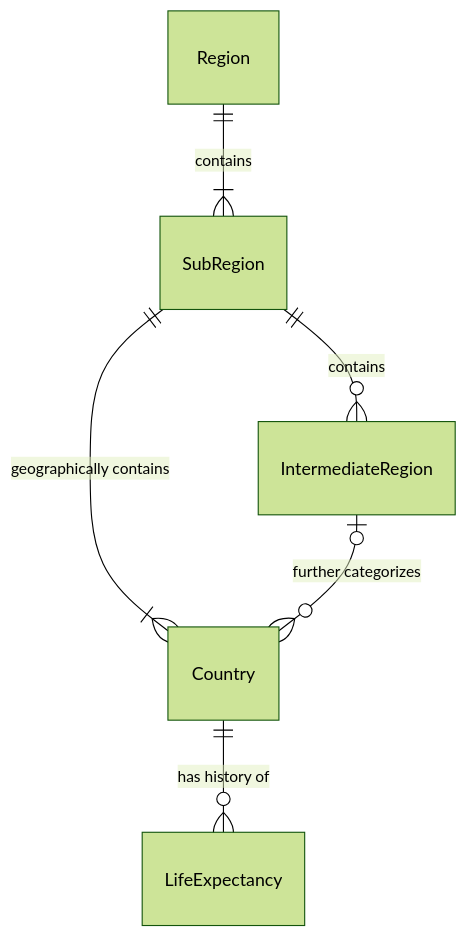
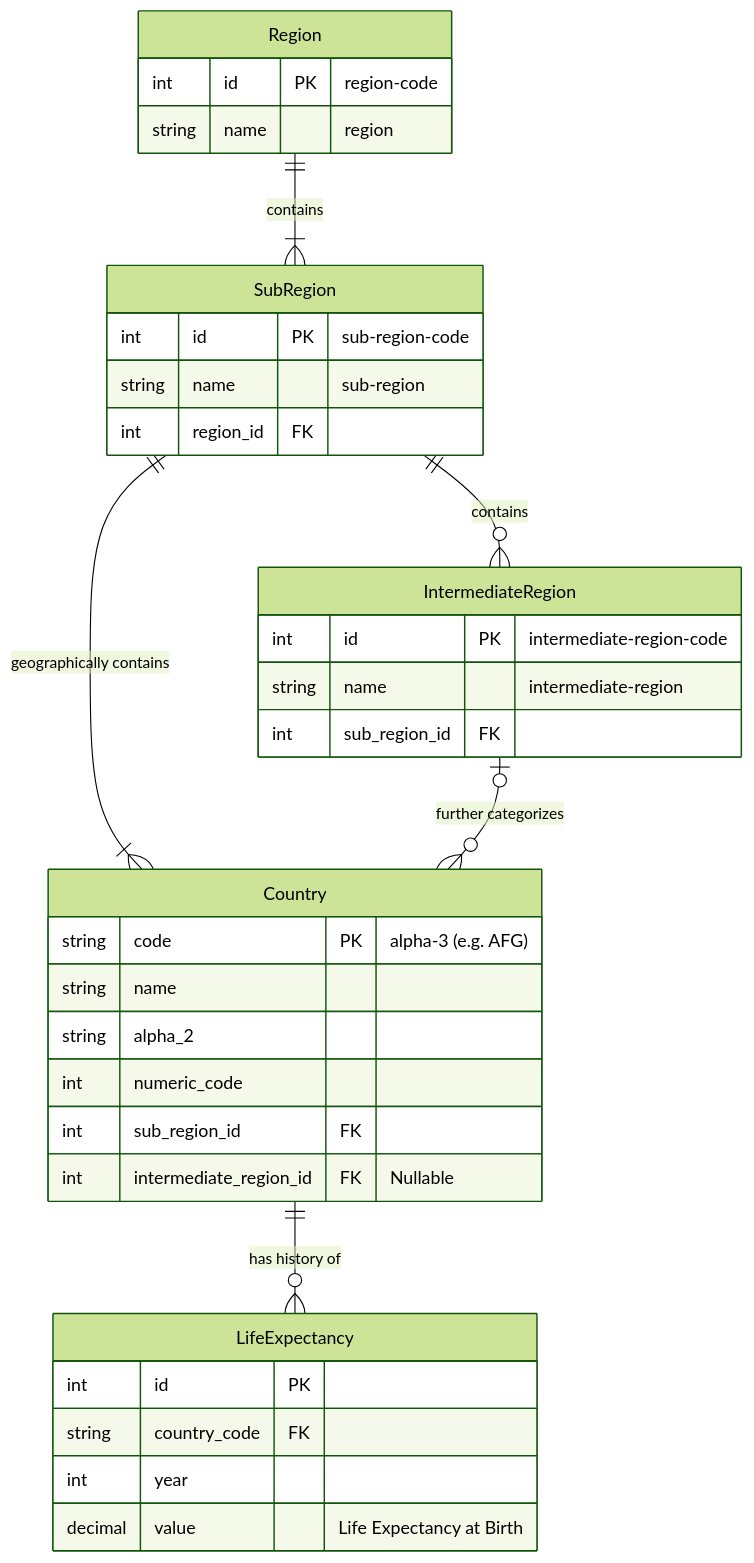
Before and after one commit to krsx/life-exp-dashboard: the diagram in README.md, drawn with Mermaid (forest theme).

Commit message:
Enhance README with database schema details
Added entity definitions and relationships for the database schema.

````diff
--- a/README.md
+++ b/README.md
@@ -108,8 +108,43 @@
 ```mermaid
 erDiagram
+    %% Entity Definitions
+    Region {
+        int id PK "region-code"
+        string name "region"
+    }
+
+    SubRegion {
+        int id PK "sub-region-code"
+        string name "sub-region"
+        int region_id FK
+    }
+
+    IntermediateRegion {
+        int id PK "intermediate-region-code"
+        string name "intermediate-region"
+        int sub_region_id FK
+    }
+
+    Country {
+        string code PK "alpha-3 (e.g. AFG)"
+        string name
+        string alpha_2
+        int numeric_code
+        int sub_region_id FK
+        int intermediate_region_id FK "Nullable"
+    }
+
+    LifeExpectancy {
+        int id PK
+        string country_code FK
+        int year
+        decimal value "Life Expectancy at Birth"
+    }
+
+    %% Relationships
     Region ||--|{ SubRegion : contains
     SubRegion ||--o{ IntermediateRegion : contains
     SubRegion ||--|{ Country : "geographically contains"
     IntermediateRegion |o--o{ Country : "further categorizes"
     Country ||--o{ LifeExpectancy : "has history of"
 ```
````
